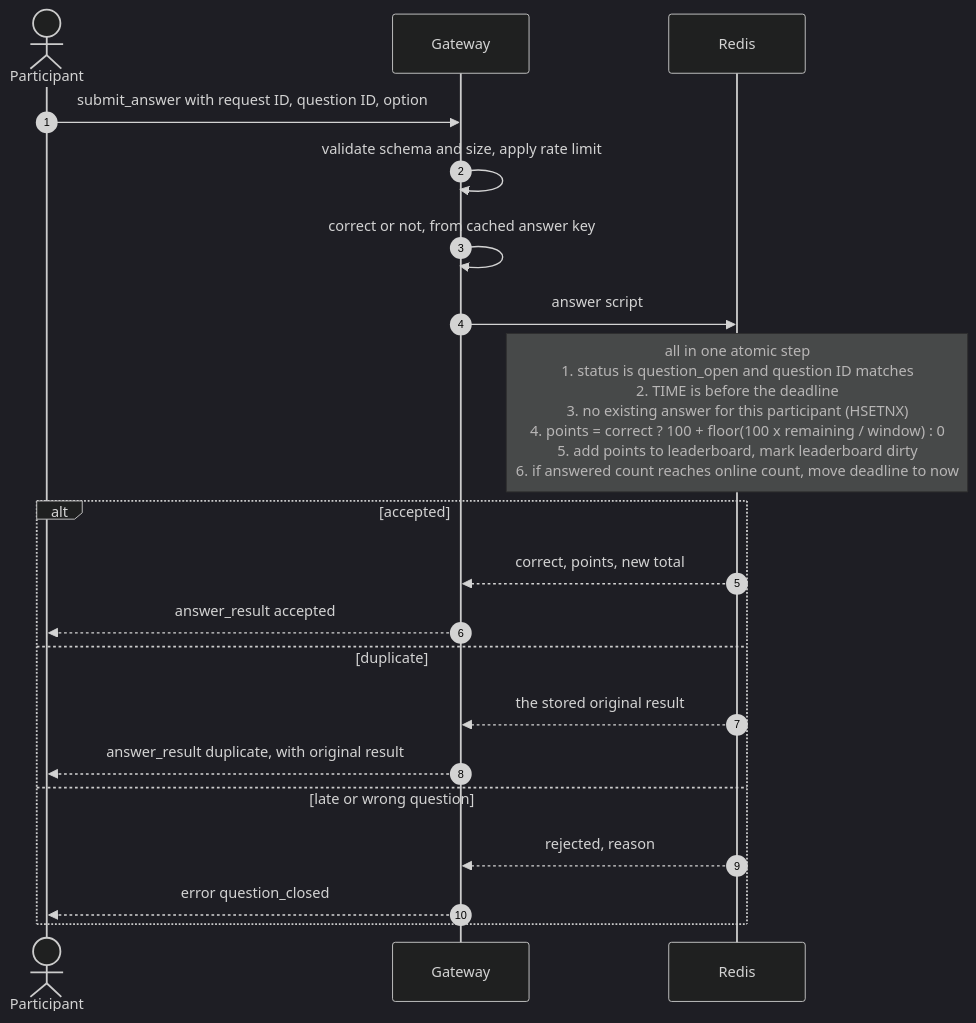
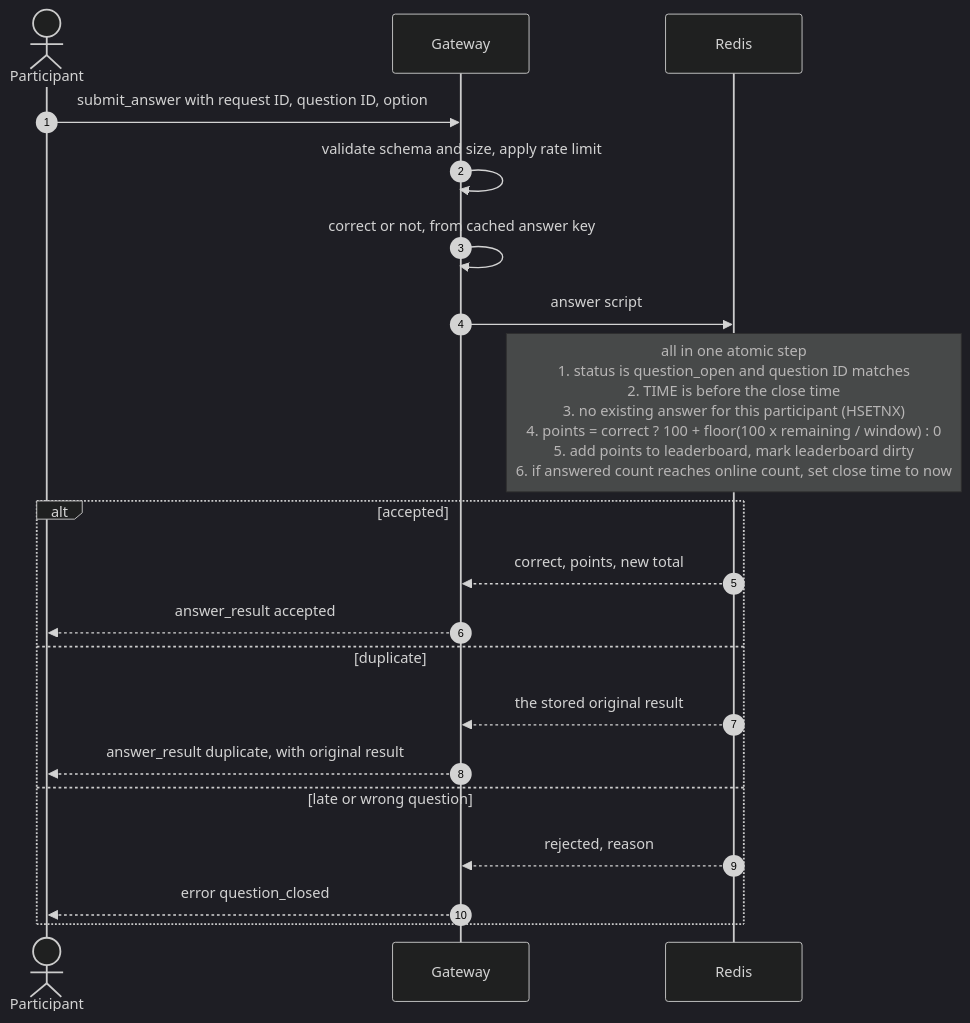
One commit to rizqyep/elsa-coding-challenge changed the fourth of 8 diagrams in docs/system-design/data-flow.md. Above: the diagram before and after it, drawn with Mermaid (dark theme). The commit also changed other lines of this file and 8 other files, not shown here.

````diff
--- a/docs/system-design/data-flow.md
+++ b/docs/system-design/data-flow.md
@@ -102,23 +102,23 @@
 ```mermaid
 sequenceDiagram
     autonumber
     actor P as Participant
     participant S2 as Gateway
     participant R as Redis
 
     P->>S2: submit_answer with request ID, question ID, option
     S2->>S2: validate schema and size, apply rate limit
     S2->>S2: correct or not, from cached answer key
     S2->>R: answer script
-    Note over R: all in one atomic step<br/>1. status is question_open and question ID matches<br/>2. TIME is before the deadline<br/>3. no existing answer for this participant (HSETNX)<br/>4. points = correct ? 100 + floor(100 x remaining / window) : 0<br/>5. add points to leaderboard, mark leaderboard dirty<br/>6. if answered count reaches online count, move deadline to now
+    Note over R: all in one atomic step<br/>1. status is question_open and question ID matches<br/>2. TIME is before the close time<br/>3. no existing answer for this participant (HSETNX)<br/>4. points = correct ? 100 + floor(100 x remaining / window) : 0<br/>5. add points to leaderboard, mark leaderboard dirty<br/>6. if answered count reaches online count, set close time to now
     alt accepted
         R-->>S2: correct, points, new total
         S2-->>P: answer_result accepted
     else duplicate
         R-->>S2: the stored original result
         S2-->>P: answer_result duplicate, with original result
     else late or wrong question
         R-->>S2: rejected, reason
         S2-->>P: error question_closed
     end
 ```
````
